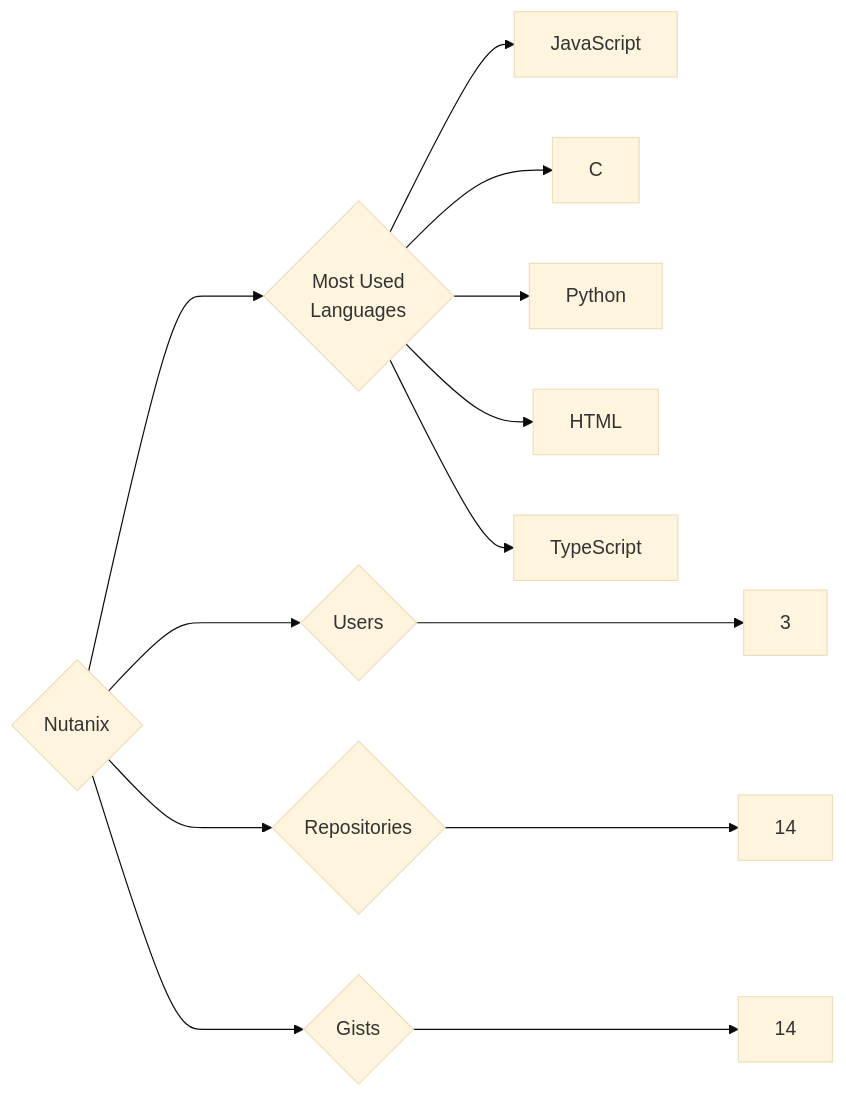
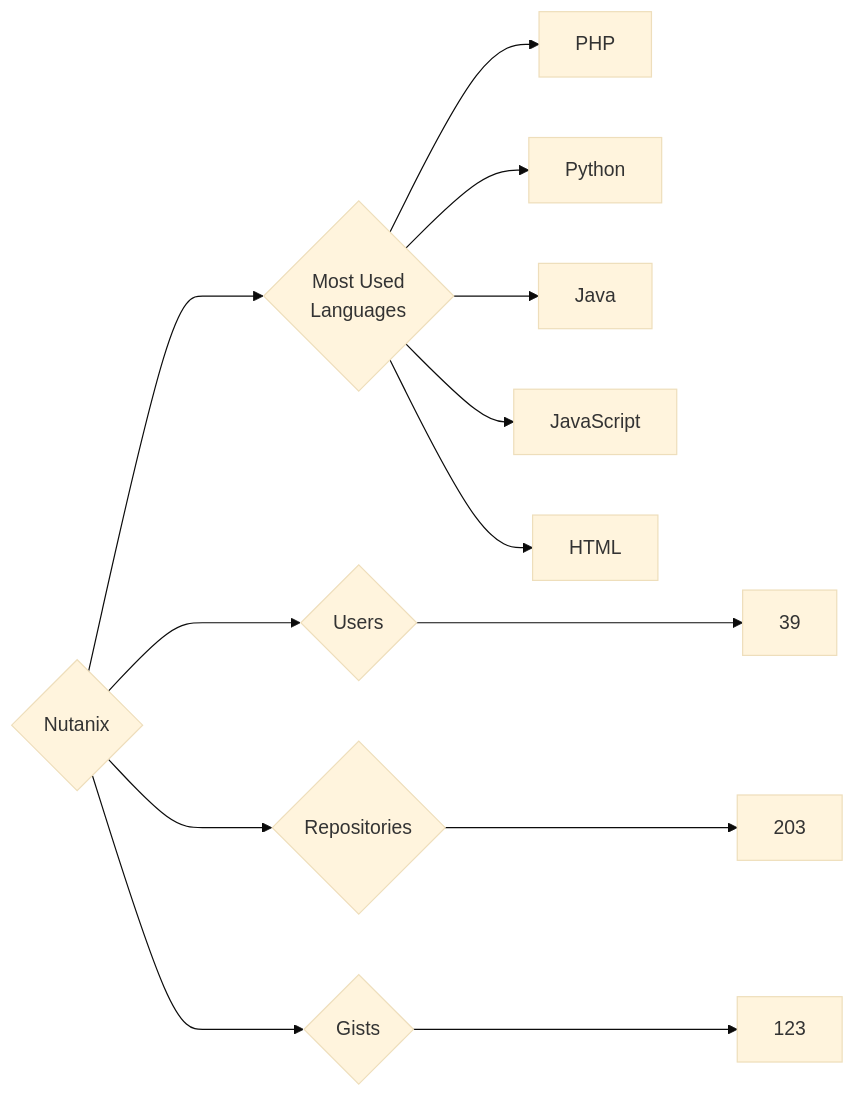
One commit to trickest/insiders changed the diagram in targets/Nutanix/README.md. Above: the diagram before and after it, drawn with Mermaid (base theme). The commit also changed 903 other files, not shown here.

````diff
--- a/targets/Nutanix/README.md
+++ b/targets/Nutanix/README.md
@@ -3,13 +3,13 @@
 ```mermaid
 graph LR
 COMPANY_NAME{Nutanix}
-COMPANY_NAME ---> U{Users} ---> UN[3]
-COMPANY_NAME ---> R{Repositories} ---> RN[14]
-COMPANY_NAME ---> G{Gists} ---> GN[14]
+COMPANY_NAME ---> U{Users} ---> UN[39]
+COMPANY_NAME ---> R{Repositories} ---> RN[203]
+COMPANY_NAME ---> G{Gists} ---> GN[123]
 COMPANY_NAME ---> ML{Most Used<br>Languages}
+ML --> PHP[PHP]
+ML --> Python[Python]
+ML --> Java[Java]
 ML --> JavaScript[JavaScript]
-ML --> C[C]
-ML --> Python[Python]
 ML --> HTML[HTML]
-ML --> TypeScript[TypeScript]
 ```
````
